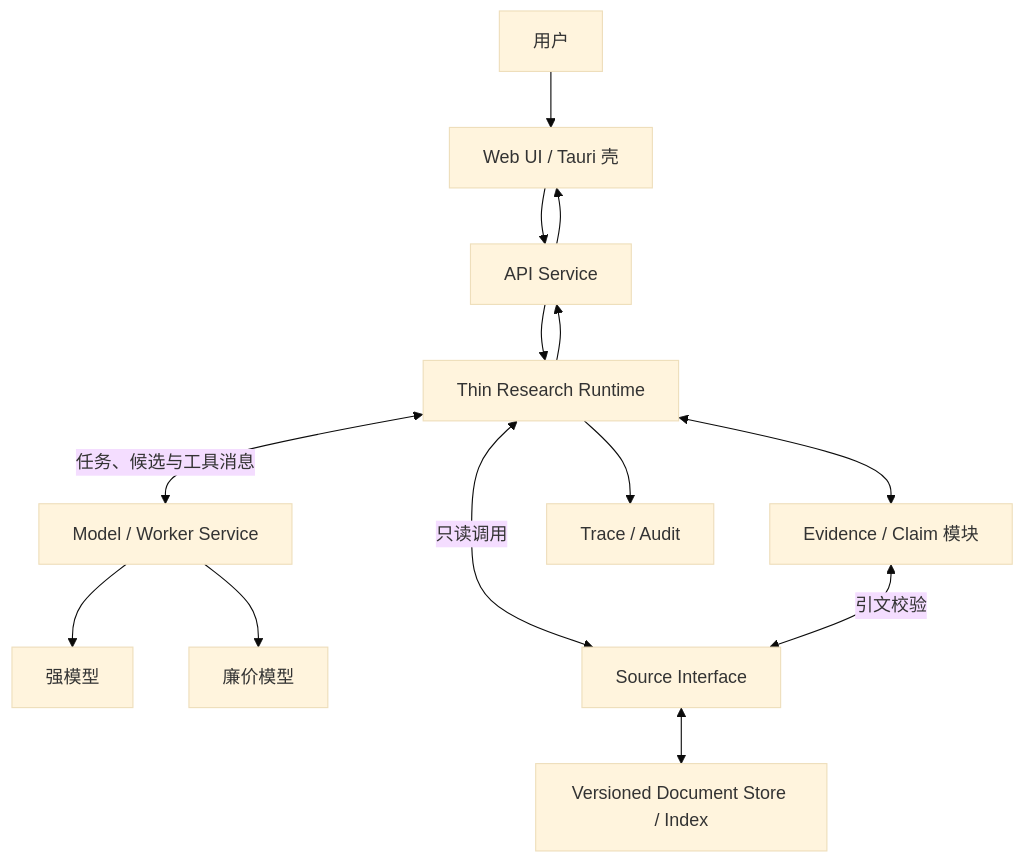
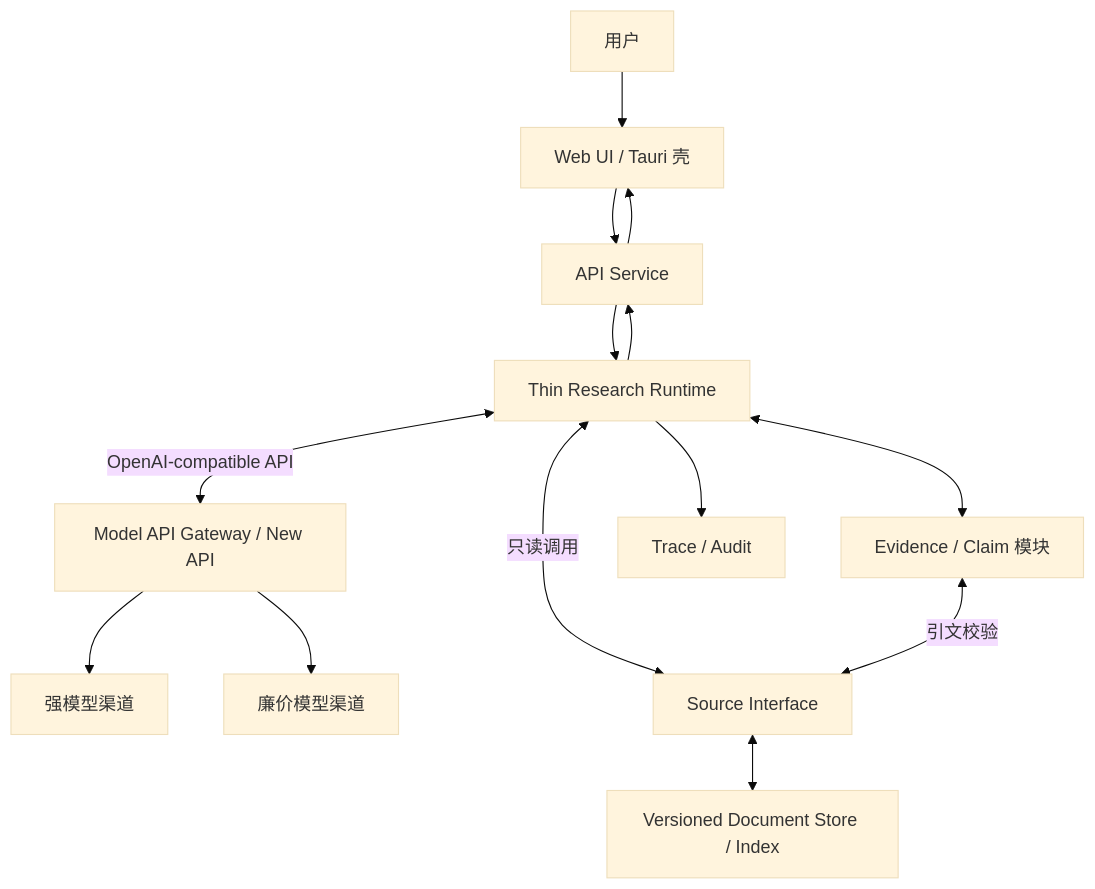
One commit to SuperCatQR/traceable-research-runtime changed the first of 2 diagrams in docs/architecture.md. Above: the diagram before and after it, drawn with Mermaid (base theme). The commit also changed other lines of this file and 1 other file, not shown here.

Commit message:
docs: use New API as model gateway

````diff
--- a/docs/architecture.md
+++ b/docs/architecture.md
@@ -51,19 +51,19 @@
 ```mermaid
 flowchart TB
     U[用户] --> UI[Web UI / Tauri 壳]
     UI --> API[API Service]
     API --> R[Thin Research Runtime]
 
-    R <-->|任务、候选与工具消息| MS[Model / Worker Service]
-    MS --> SM[强模型]
-    MS --> CM[廉价模型]
+    R <-->|OpenAI-compatible API| MG[Model API Gateway / New API]
+    MG --> SM[强模型渠道]
+    MG --> CM[廉价模型渠道]
 
     R <-->|只读调用| SI[Source Interface]
     R <--> E[Evidence / Claim 模块]
     E <-->|引文校验| SI
     SI <--> D[Versioned Document Store / Index]
     R --> A[Trace / Audit]
 
     R --> API
     API --> UI
 ```
````
